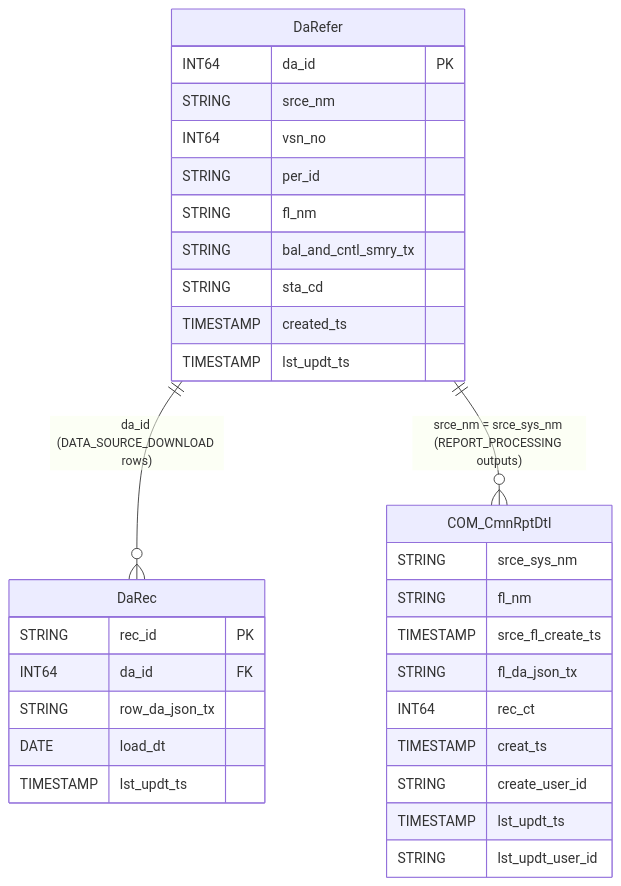
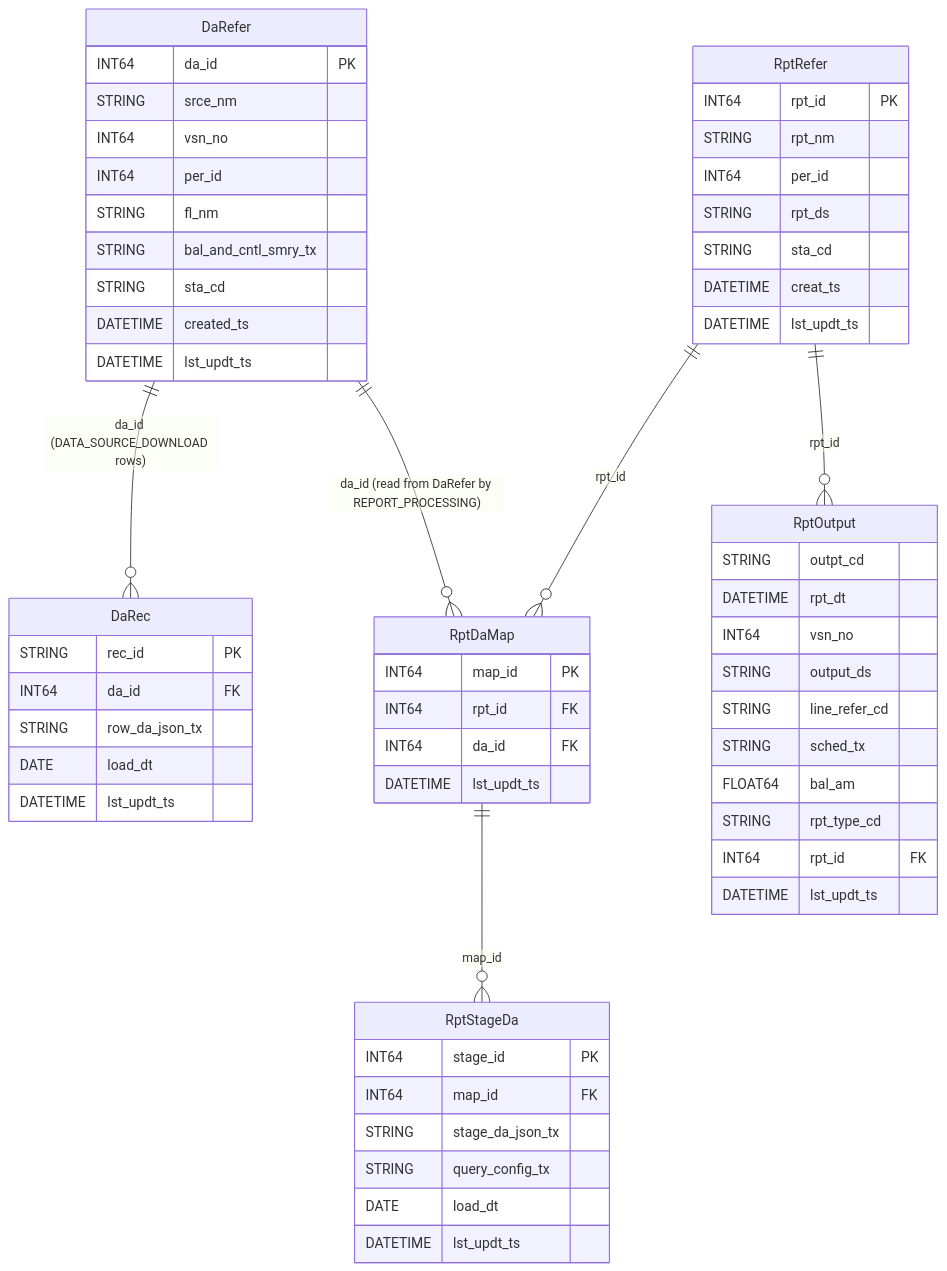
One commit to tushark-16bit/beam_framework changed diagram 13 of 14 in WALKTHROUGH.md. Above: the diagram before and after it, drawn with Mermaid. The commit also changed other lines of this file and 2 other files, not shown here.

First line of the commit message:
Update docs: reflect RptRefer/RptDaMap/RptStageDa/RptOutput and int periodId

````diff
--- a/WALKTHROUGH.md
+++ b/WALKTHROUGH.md
@@ -593,37 +617,67 @@
 ```mermaid
 erDiagram
     DaRefer {
         INT64 da_id PK
         STRING srce_nm
         INT64 vsn_no
-        STRING per_id
+        INT64 per_id
         STRING fl_nm
         STRING bal_and_cntl_smry_tx
         STRING sta_cd
-        TIMESTAMP created_ts
-        TIMESTAMP lst_updt_ts
+        DATETIME created_ts
+        DATETIME lst_updt_ts
     }
 
     DaRec {
         STRING rec_id PK
         INT64 da_id FK
         STRING row_da_json_tx
         DATE load_dt
-        TIMESTAMP lst_updt_ts
+        DATETIME lst_updt_ts
     }
 
-    COM_CmnRptDtl {
-        STRING srce_sys_nm
-        STRING fl_nm
-        TIMESTAMP srce_fl_create_ts
-        STRING fl_da_json_tx
-        INT64 rec_ct
-        TIMESTAMP creat_ts
-        STRING create_user_id
-        TIMESTAMP lst_updt_ts
-        STRING lst_updt_user_id
+    RptRefer {
+        INT64 rpt_id PK
+        STRING rpt_nm
+        INT64 per_id
+        STRING rpt_ds
+        STRING sta_cd
+        DATETIME creat_ts
+        DATETIME lst_updt_ts
+    }
+
+    RptDaMap {
+        INT64 map_id PK
+        INT64 rpt_id FK
+        INT64 da_id FK
+        DATETIME lst_updt_ts
+    }
+
+    RptStageDa {
+        INT64 stage_id PK
+        INT64 map_id FK
+        STRING stage_da_json_tx
+        STRING query_config_tx
+        DATE load_dt
+        DATETIME lst_updt_ts
+    }
+
+    RptOutput {
+        STRING outpt_cd
+        DATETIME rpt_dt
+        INT64 vsn_no
+        STRING output_ds
+        STRING line_refer_cd
+        STRING sched_tx
+        FLOAT64 bal_am
+        STRING rpt_type_cd
+        INT64 rpt_id FK
+        DATETIME lst_updt_ts
     }
 
     DaRefer ||--o{ DaRec : "da_id (DATA_SOURCE_DOWNLOAD rows)"
-    DaRefer ||--o{ COM_CmnRptDtl : "srce_nm = srce_sys_nm (REPORT_PROCESSING outputs)"
+    RptRefer ||--o{ RptDaMap : "rpt_id"
+    RptDaMap ||--o{ RptStageDa : "map_id"
+    RptRefer ||--o{ RptOutput : "rpt_id"
+    DaRefer ||--o{ RptDaMap : "da_id (read from DaRefer by REPORT_PROCESSING)"
 ```
````
